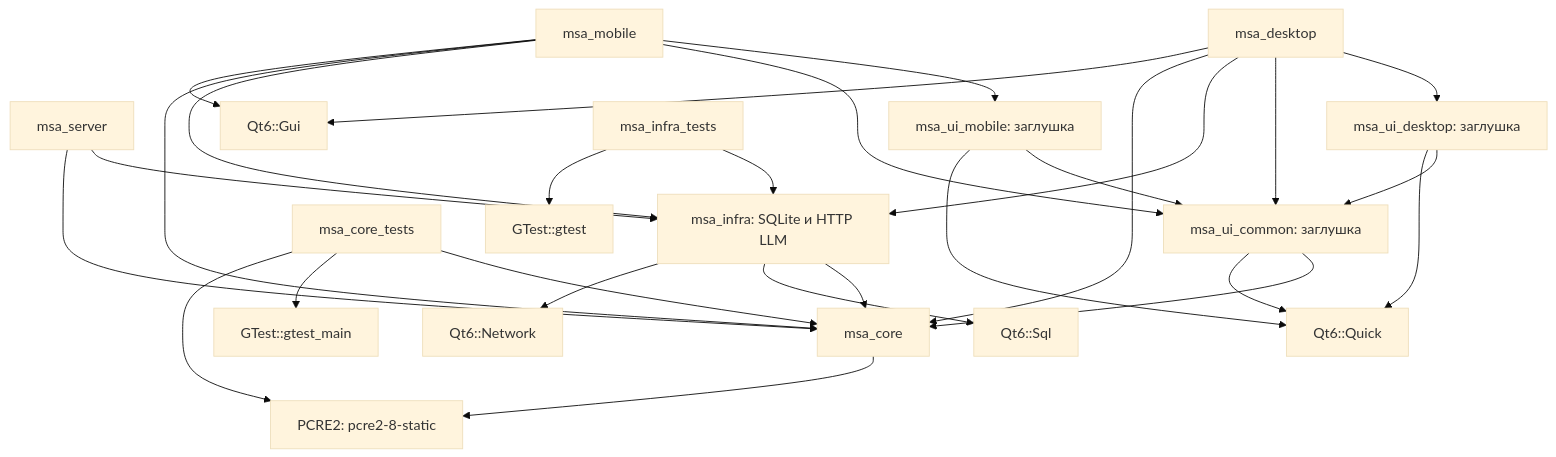
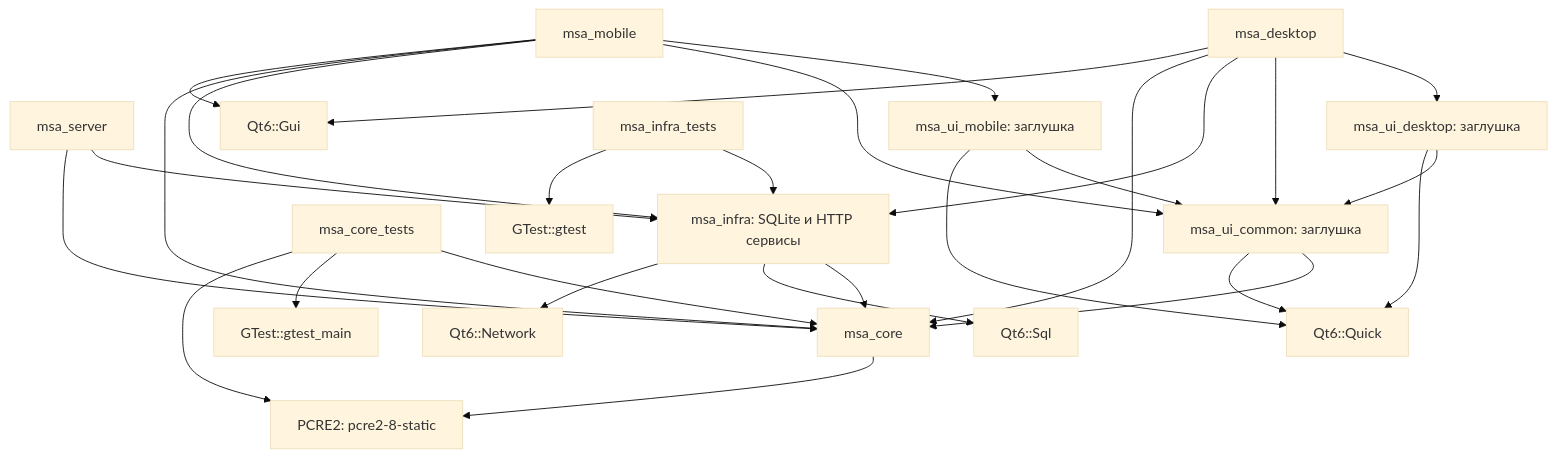
The first of 3 diagrams in docs/architecture.md (TasFoma/MySuperAssistant), drawn with Mermaid (base theme) before and after one commit. The commit also changed other lines of this file and 28 other files, not shown here.

````diff
--- a/docs/architecture.md
+++ b/docs/architecture.md
@@ -57,30 +64,30 @@
 ```mermaid
 flowchart TD
-    server[msa_server] --> infra[msa_infra: SQLite и HTTP LLM]
+    server[msa_server] --> infra[msa_infra: SQLite и HTTP сервисы]
     server --> core[msa_core]
     desktop[msa_desktop] --> desktopUI[msa_ui_desktop: заглушка]
     desktop --> common[msa_ui_common: заглушка]
     desktop --> infra
     desktop --> core
     desktop --> gui[Qt6::Gui]
     mobile[msa_mobile] --> mobileUI[msa_ui_mobile: заглушка]
     mobile --> common
     mobile --> infra
     mobile --> core
     mobile --> gui
     desktopUI --> common
     desktopUI --> quick[Qt6::Quick]
     mobileUI --> common
     mobileUI --> quick
     common --> core
     common --> quick
     infra --> core
     infra --> sql[Qt6::Sql]
     infra --> network[Qt6::Network]
     core --> pcre[PCRE2: pcre2-8-static]
     tests[msa_core_tests] --> core
     tests --> gtest[GTest::gtest_main]
     tests --> pcre
     infraTests[msa_infra_tests] --> infra
     infraTests --> infraGtest[GTest::gtest]
 ```
````
